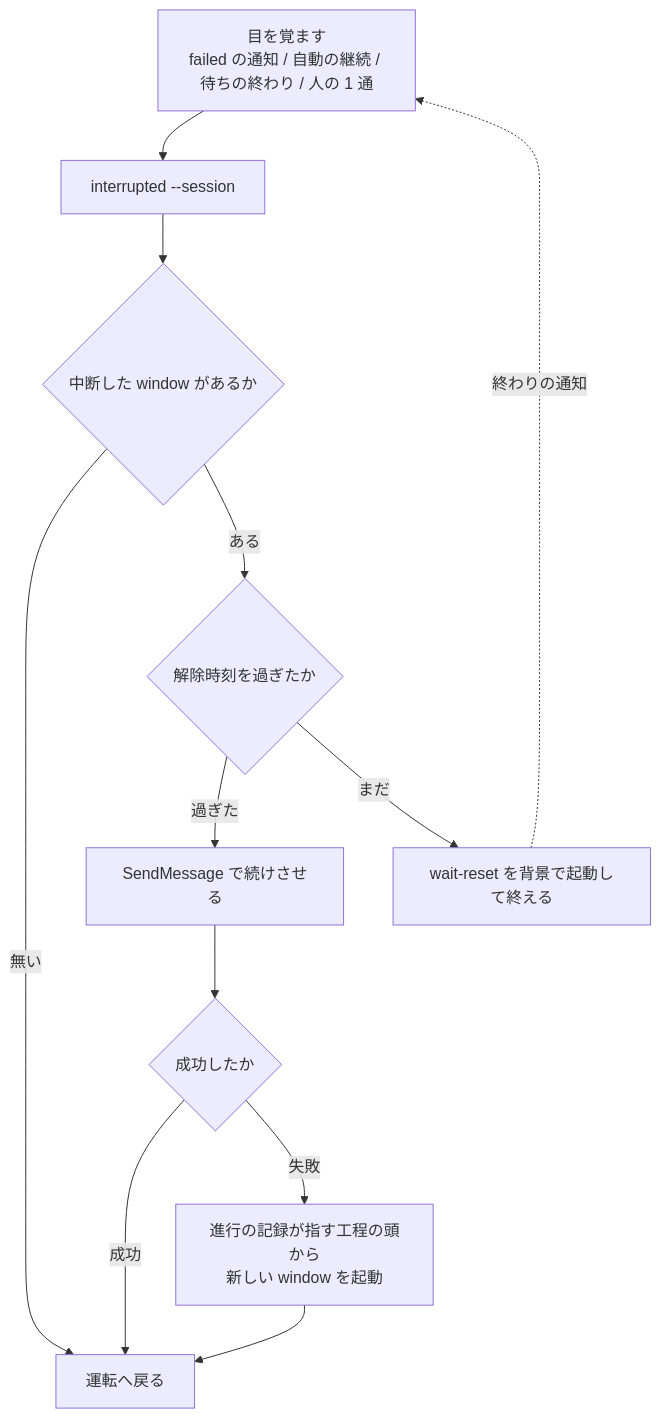
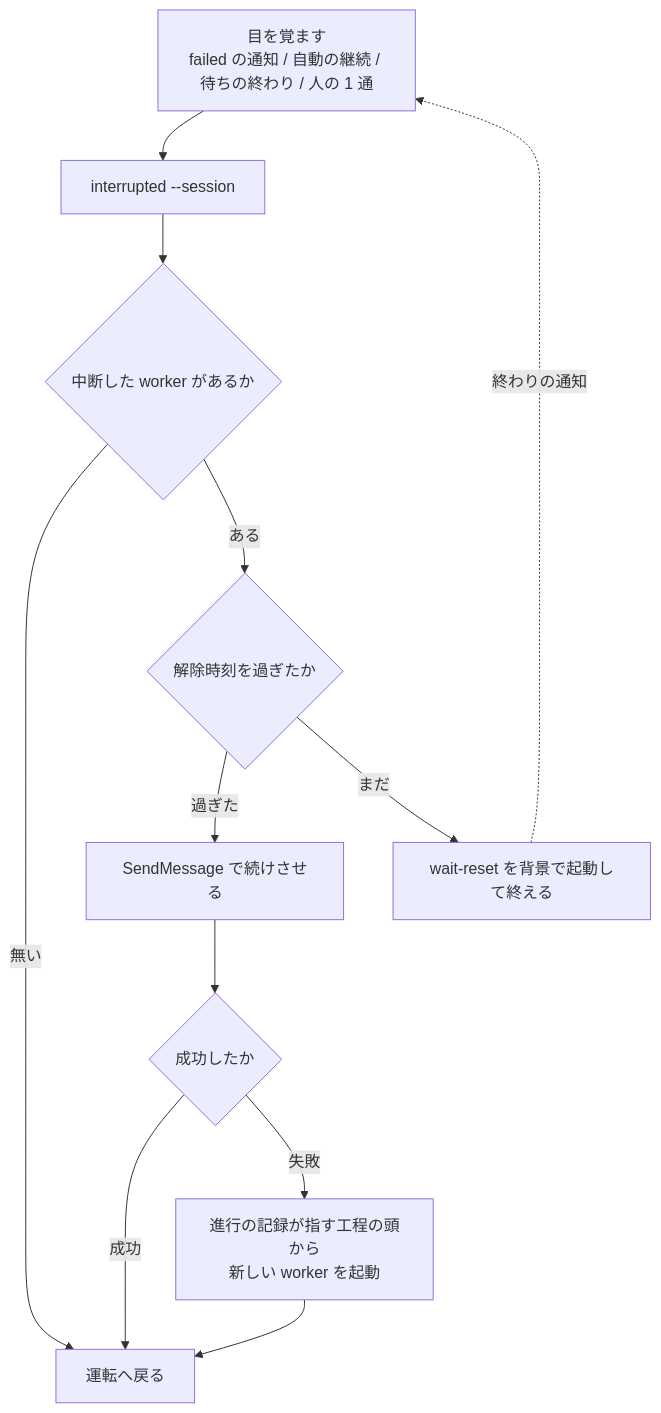
Before and after one commit to devbasex/ai-plugins: the sixth of 6 diagrams in issues/issue-550-657-design.md, drawn with Mermaid. The commit also changed other lines of this file and 2 other files, not shown here.

First line of the commit message:
Docs: 用語を supervisor / worker / context window にする（#550 #657）

````diff
--- a/issues/issue-550-657-design.md
+++ b/issues/issue-550-657-design.md
@@ -345,14 +361,14 @@
 ```mermaid
 flowchart TD
     A[目を覚ます<br/>failed の通知 / 自動の継続 / 待ちの終わり / 人の 1 通] --> B[interrupted --session]
-    B --> C{中断した window があるか}
+    B --> C{中断した worker があるか}
     C -->|無い| Z[運転へ戻る]
     C -->|ある| D{解除時刻を過ぎたか}
     D -->|過ぎた| E[SendMessage で続けさせる]
     D -->|まだ| F[wait-reset を背景で起動して終える]
     E --> G{成功したか}
     G -->|成功| Z
-    G -->|失敗| H[進行の記録が指す工程の頭から<br/>新しい window を起動]
+    G -->|失敗| H[進行の記録が指す工程の頭から<br/>新しい worker を起動]
     H --> Z
     F -.終わりの通知.-> A
 ```
````
